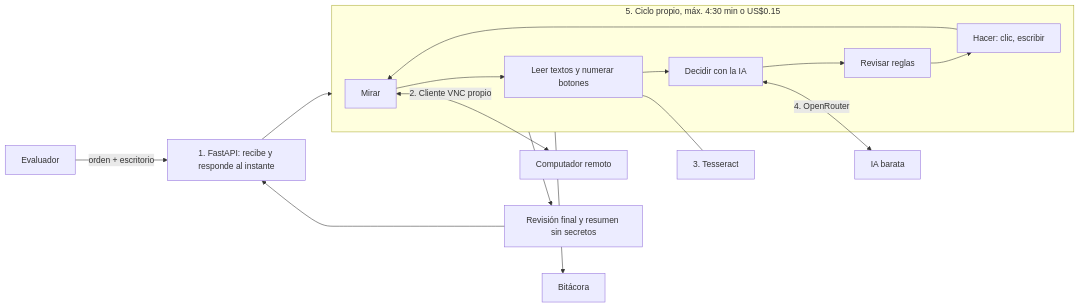
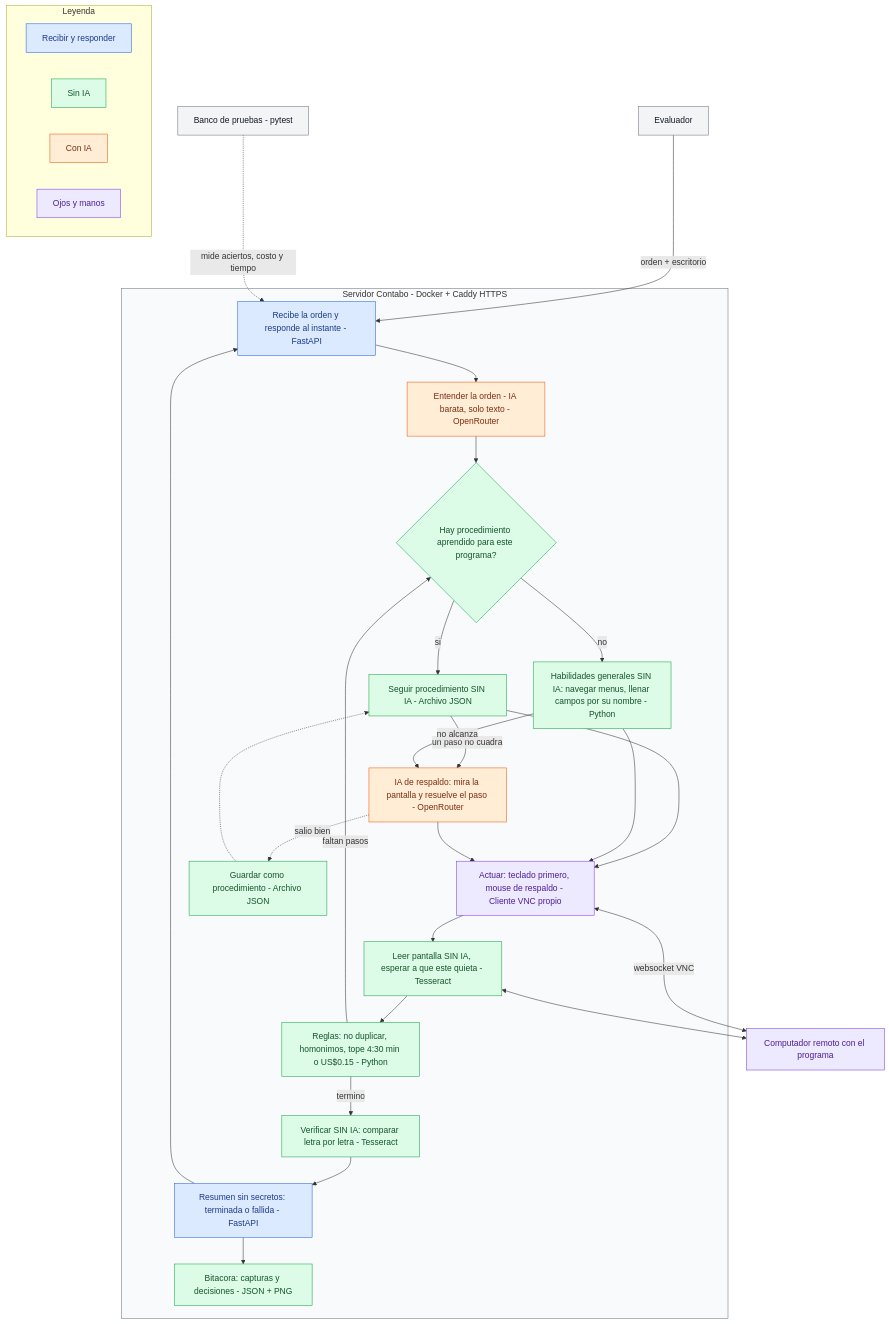
Before and after one commit to tomasmj503/frontier-agente-vnc: the diagram in DISENO.md, drawn with Mermaid. The commit also changed other lines of this file and 18 other files, not shown here.

````diff
--- a/DISENO.md
+++ b/DISENO.md
@@ -52,18 +100,45 @@
 ```mermaid
-flowchart LR
-  EV[Evaluador] -->|orden + escritorio| API[1. FastAPI: recibe y responde al instante]
-  API --> LOOP
-  subgraph LOOP[5. Ciclo propio, máx. 4:30 min o US$0.15]
-    V[Mirar] --> L[Leer textos y numerar botones]
-    L --> D[Decidir con la IA]
-    D --> R[Revisar reglas]
-    R --> H[Hacer: clic, escribir]
-    H --> V
+flowchart TB
+  EV[Evaluador] -->|orden + escritorio| API
+  BP[Banco de pruebas - pytest] -.->|mide aciertos, costo y tiempo| API
+  subgraph SRV[Servidor Contabo - Docker + Caddy HTTPS]
+    API[Recibe la orden y responde al instante - FastAPI]
+    API --> ENT[Entender la orden - IA barata, solo texto - OpenRouter]
+    ENT --> P{Hay procedimiento aprendido para este programa?}
+    P -->|si| PR[Seguir procedimiento SIN IA - Archivo JSON]
+    P -->|no| HG[Habilidades generales SIN IA: navegar menus, llenar campos por su nombre - Python]
+    PR -->|un paso no cuadra| IA[IA de respaldo: mira la pantalla y resuelve el paso - OpenRouter]
+    HG -->|no alcanza| IA
+    PR --> ACT
+    HG --> ACT
+    IA --> ACT[Actuar: teclado primero, mouse de respaldo - Cliente VNC propio]
+    ACT --> VER[Leer pantalla SIN IA, esperar a que este quieta - Tesseract]
+    VER --> REG[Reglas: no duplicar, homonimos, tope 4:30 min o US$0.15 - Python]
+    REG -->|faltan pasos| P
+    REG -->|termino| VF[Verificar SIN IA: comparar letra por letra - Tesseract]
+    VF --> RS[Resumen sin secretos: terminada o fallida - FastAPI]
+    RS --> API
+    IA -.->|salio bien| APR[Guardar como procedimiento - Archivo JSON]
+    APR -.-> PR
+    RS --> BIT[Bitacora: capturas y decisiones - JSON + PNG]
   end
-  V <-->|2. Cliente VNC propio| ESC[Computador remoto]
-  L --- T[3. Tesseract]
-  D <-->|4. OpenRouter| IA[IA barata]
-  LOOP --> RF[Revisión final y resumen sin secretos]
-  RF --> API
-  LOOP --> BIT[Bitácora]
+  ACT <-->|websocket VNC| ESC[Computador remoto con el programa]
+  VER <--> ESC
+  subgraph LEY[Leyenda]
+    L1[Recibir y responder]
+    L2[Sin IA]
+    L3[Con IA]
+    L4[Ojos y manos]
+  end
+  classDef azul fill:#DBEAFE,stroke:#2563EB,color:#1E3A8A
+  classDef verde fill:#DCFCE7,stroke:#16A34A,color:#14532D
+  classDef naranja fill:#FFEDD5,stroke:#EA580C,color:#7C2D12
+  classDef morado fill:#EDE9FE,stroke:#7C3AED,color:#4C1D95
+  classDef gris fill:#F3F4F6,stroke:#6B7280,color:#111827
+  class API,RS,L1 azul
+  class P,PR,HG,VER,REG,VF,APR,BIT,L2 verde
+  class ENT,IA,L3 naranja
+  class ACT,ESC,L4 morado
+  class EV,BP gris
+  style SRV fill:#F9FAFB,stroke:#6B7280
 ```
````
